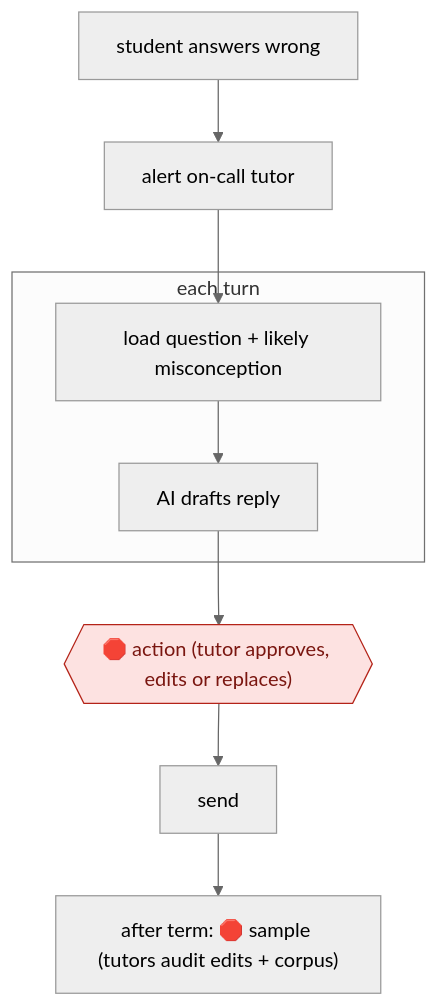
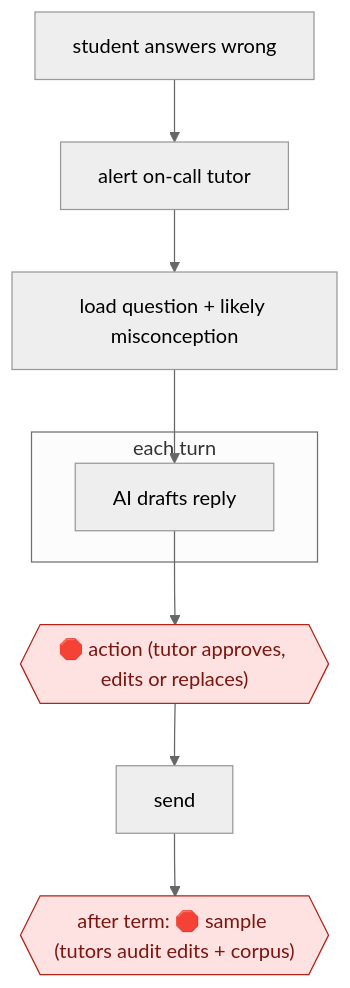
One commit to milesradford99/agent-workflow-atlas changed the diagram in workflows/PRO/EDU/TUTOR/tutor-approved-ai-turns/README.md. Above: the diagram before and after it, drawn with Mermaid (neutral theme). The commit also changed 171 other files, not shown here.

````diff
--- a/workflows/PRO/EDU/TUTOR/tutor-approved-ai-turns/README.md
+++ b/workflows/PRO/EDU/TUTOR/tutor-approved-ai-turns/README.md
@@ -31,19 +31,19 @@
 ```mermaid
 flowchart TD
   n1["student answers wrong"]
   n2["alert on-call tutor"]
-  n1 --> n2
   n3["load question + likely misconception"]
-  n2 --> n3
   subgraph s4["each turn"]
   n5["AI drafts reply"]
-  n3 --> n5
   end
   n6{{"🛑 action (tutor approves, edits or replaces)"}}:::stop
+  n7["send"]
+  n8{{"after term: 🛑 sample (tutors audit edits + corpus)"}}:::stop
+  n1 --> n2
+  n2 --> n3
+  n3 --> n5
   n5 --> n6
-  n7["send"]
   n6 --> n7
-  n8["after term: 🛑 sample (tutors audit edits + corpus)"]
   n7 --> n8
   classDef stop fill:#fde2e1,stroke:#b42318,color:#7a1610
 ```
````
